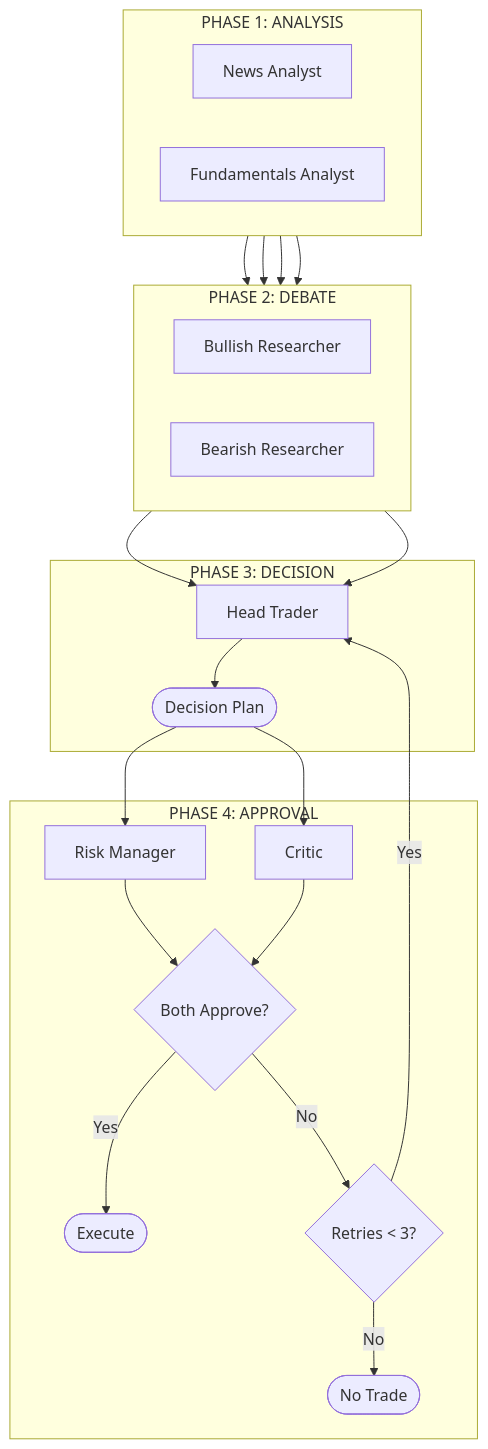
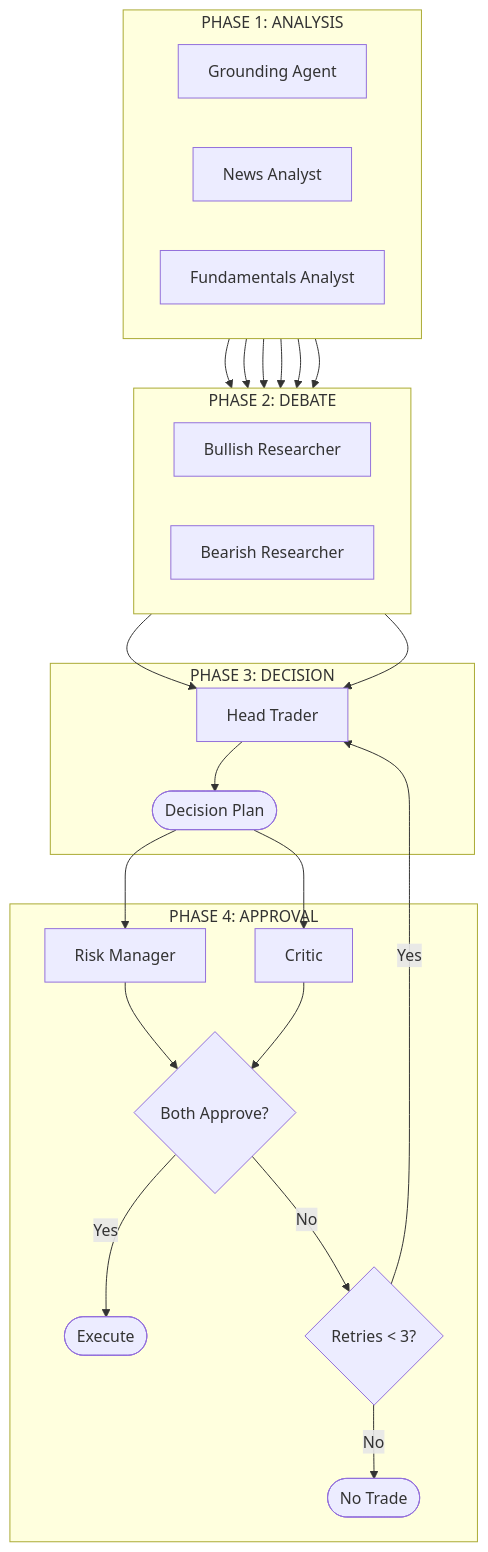
Before and after one commit to ccheney/cream: the second of 15 diagrams in ARCHITECTURE.md, drawn with Mermaid. The commit also changed other lines of this file and 30 other files, not shown here.

First line of the commit message:
feat(storage): enhance README with architecture, environment isolation, and repository patterns

````diff
--- a/ARCHITECTURE.md
+++ b/ARCHITECTURE.md
@@ -72,38 +75,40 @@
 ```mermaid
 flowchart TB
     subgraph Phase1["PHASE 1: ANALYSIS"]
         direction LR
-        News[News Analyst]
-        Fund[Fundamentals Analyst]
+        GA[Grounding Agent]
+        NA[News Analyst]
+        FA[Fundamentals Analyst]
     end
 
     subgraph Phase2["PHASE 2: DEBATE"]
         direction LR
         Bull[Bullish Researcher]
         Bear[Bearish Researcher]
     end
 
     subgraph Phase3["PHASE 3: DECISION"]
         Trader[Head Trader]
         Plan([Decision Plan])
     end
 
     subgraph Phase4["PHASE 4: APPROVAL"]
         Risk[Risk Manager]
         Critic[Critic]
         Gate{Both Approve?}
         Retry{Retries < 3?}
         Execute([Execute])
         NoTrade([No Trade])
     end
 
-    News & Fund --> Bull & Bear
+    GA --> Bull & Bear
+    NA & FA --> Bull & Bear
     Bull & Bear --> Trader
     Trader --> Plan
     Plan --> Risk & Critic
     Risk & Critic --> Gate
     Gate -->|Yes| Execute
     Gate -->|No| Retry
     Retry -->|Yes| Trader
     Retry -->|No| NoTrade
 ```
````
